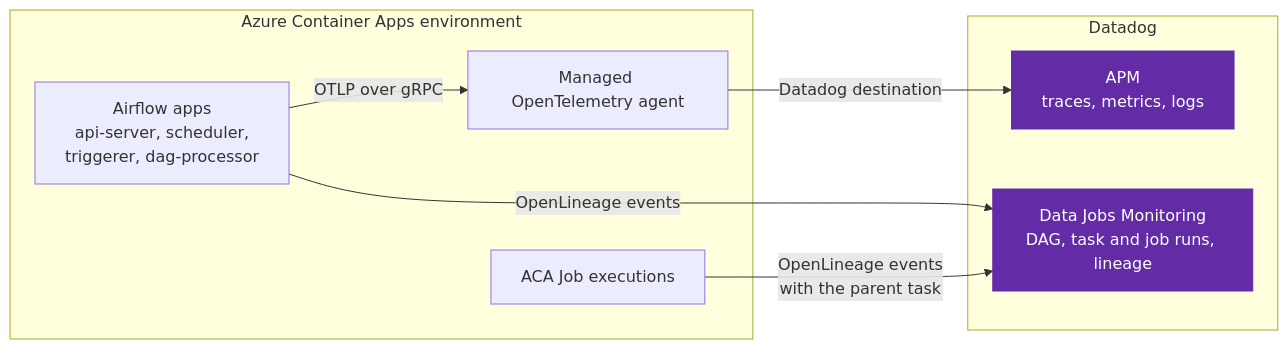
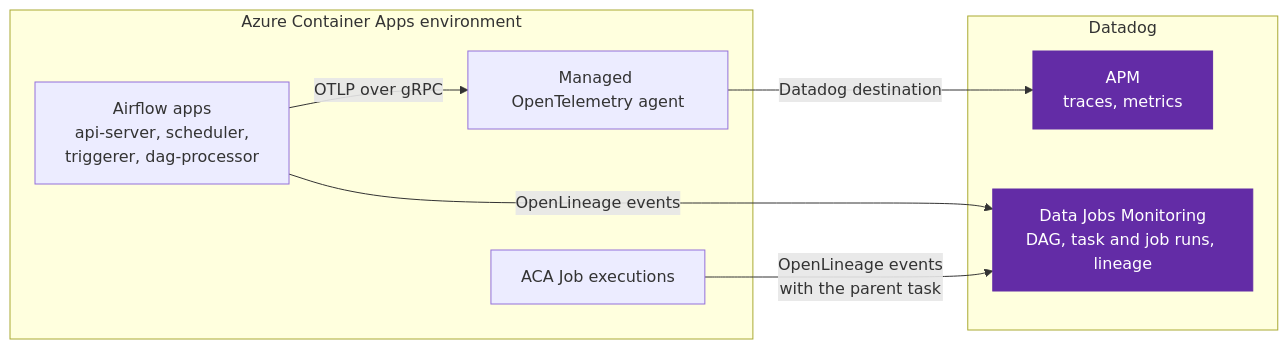
The second of 2 diagrams in README.md (kyletaylored/airflow-aca-datadog), drawn with Mermaid before and after one commit. The commit also changed other lines of this file and 2 other files, not shown here.

````diff
--- a/README.md
+++ b/README.md
@@ -87,21 +88,21 @@
 ```mermaid
 flowchart LR
     subgraph env["Azure Container Apps environment"]
         apps["Airflow apps<br/>api-server, scheduler,<br/>triggerer, dag-processor"]
         job["ACA Job executions"]
         agent["Managed OpenTelemetry agent"]
     end
 
     subgraph dd["Datadog"]
-        apm["APM<br/>traces, metrics, logs"]
+        apm["APM<br/>traces, metrics"]
         djm["Data Jobs Monitoring<br/>DAG, task and job runs, lineage"]
     end
 
     apps -- "OTLP over gRPC" --> agent
     agent -- "Datadog destination" --> apm
     apps -- "OpenLineage events" --> djm
     job -- "OpenLineage events<br/>with the parent task" --> djm
 
     classDef datadog fill:#632ca6,stroke:#632ca6,color:#ffffff
     class apm,djm datadog
 ```
````
